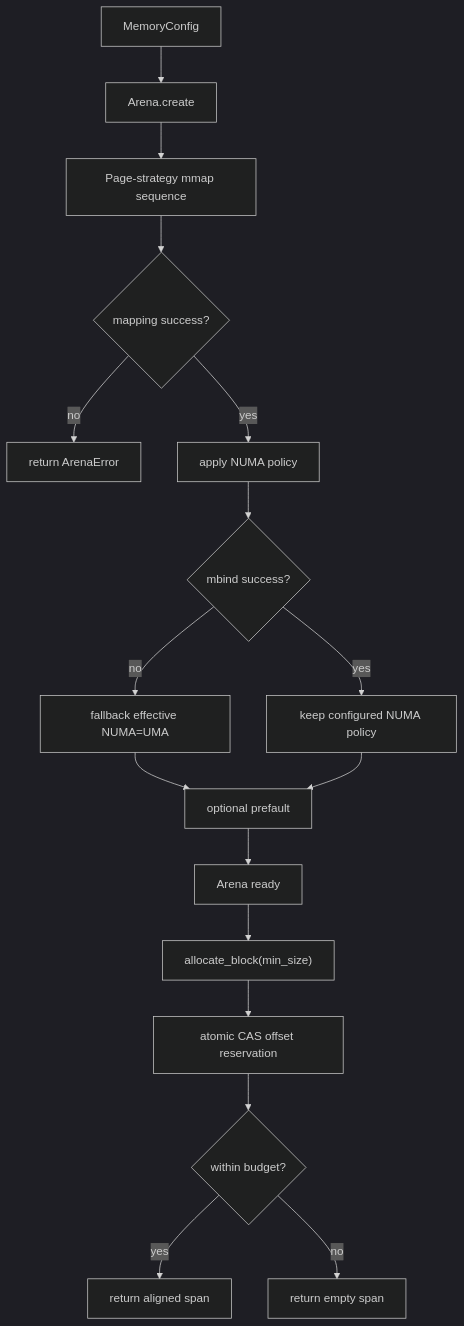
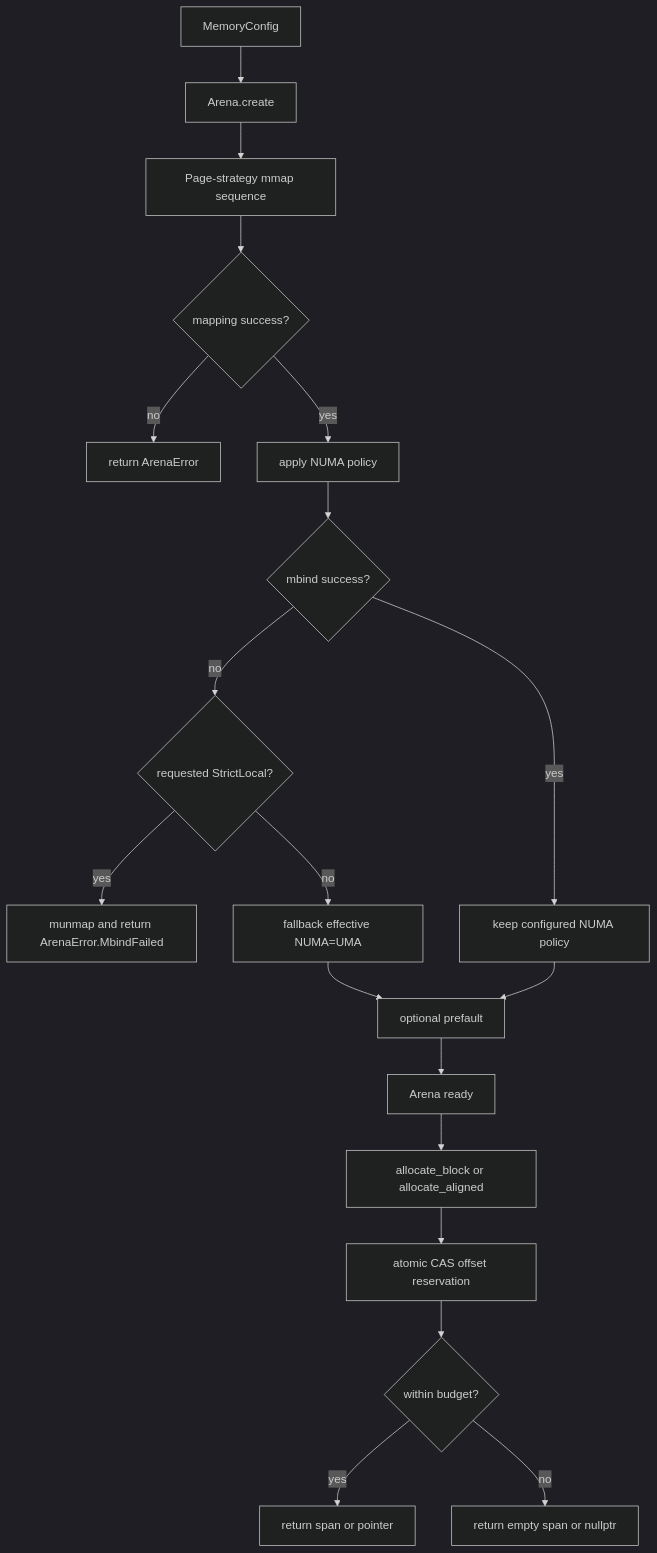
The first of 3 diagrams in docs/architecture/03-memory-arena.md (ankitkr-04/strata-db), drawn with Mermaid (dark theme) before and after one commit. The commit also changed other lines of this file and 1 other file, not shown here.

Commit message:
Refactor Arena creation logic: enhance NUMA policy handling with strict local fallback and improve error signaling for allocation failures

````diff
--- a/docs/architecture/03-memory-arena.md
+++ b/docs/architecture/03-memory-arena.md
@@ -46,19 +63,21 @@
 ```mermaid
 flowchart TD
     A[MemoryConfig] --> B[Arena.create]
     B --> C[Page-strategy mmap sequence]
     C --> D{mapping success?}
     D -- no --> E[return ArenaError]
     D -- yes --> F[apply NUMA policy]
     F --> G{mbind success?}
-    G -- no --> H[fallback effective NUMA=UMA]
-    G -- yes --> I[keep configured NUMA policy]
-    H --> J[optional prefault]
-    I --> J
-    J --> K[Arena ready]
-    K --> L["allocate_block(min_size)"]
-    L --> M[atomic CAS offset reservation]
-    M --> N{within budget?}
-    N -- yes --> O[return aligned span]
-    N -- no --> P[return empty span]
+    G -- no --> H{requested StrictLocal?}
+  H -- yes --> I[munmap and return ArenaError.MbindFailed]
+    H -- no --> J[fallback effective NUMA=UMA]
+  G -- yes --> P0[keep configured NUMA policy]
+  J --> K[optional prefault]
+  P0 --> K
+  K --> L[Arena ready]
+  L --> M[allocate_block or allocate_aligned]
+  M --> N[atomic CAS offset reservation]
+  N --> O{within budget?}
+  O -- yes --> P[return span or pointer]
+  O -- no --> Q[return empty span or nullptr]
 ```
````
